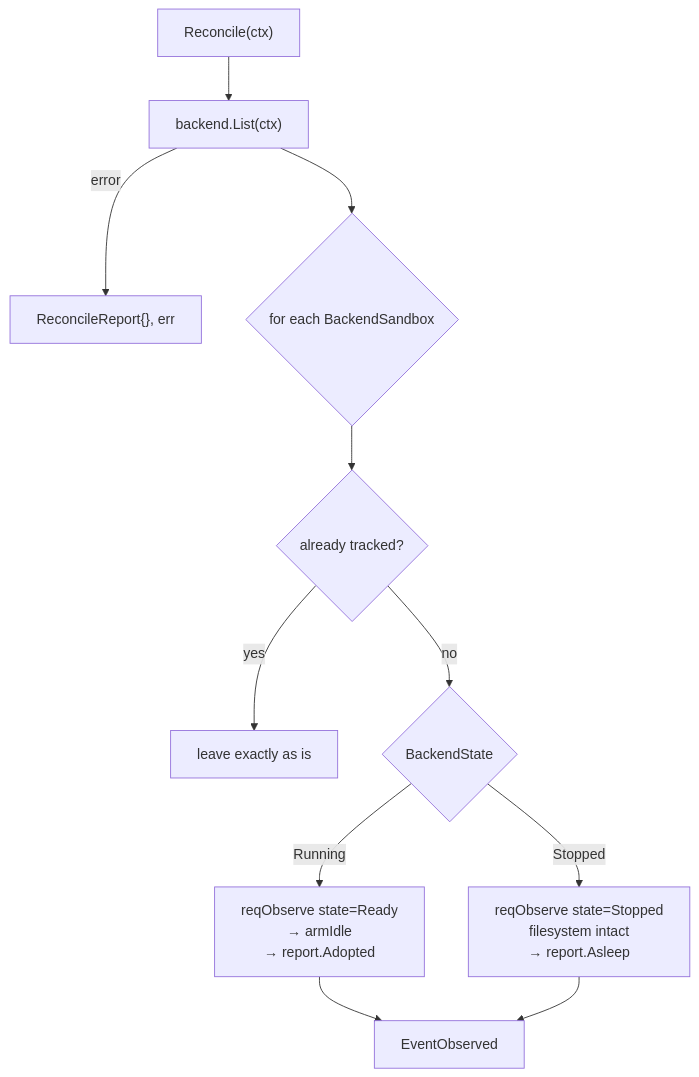
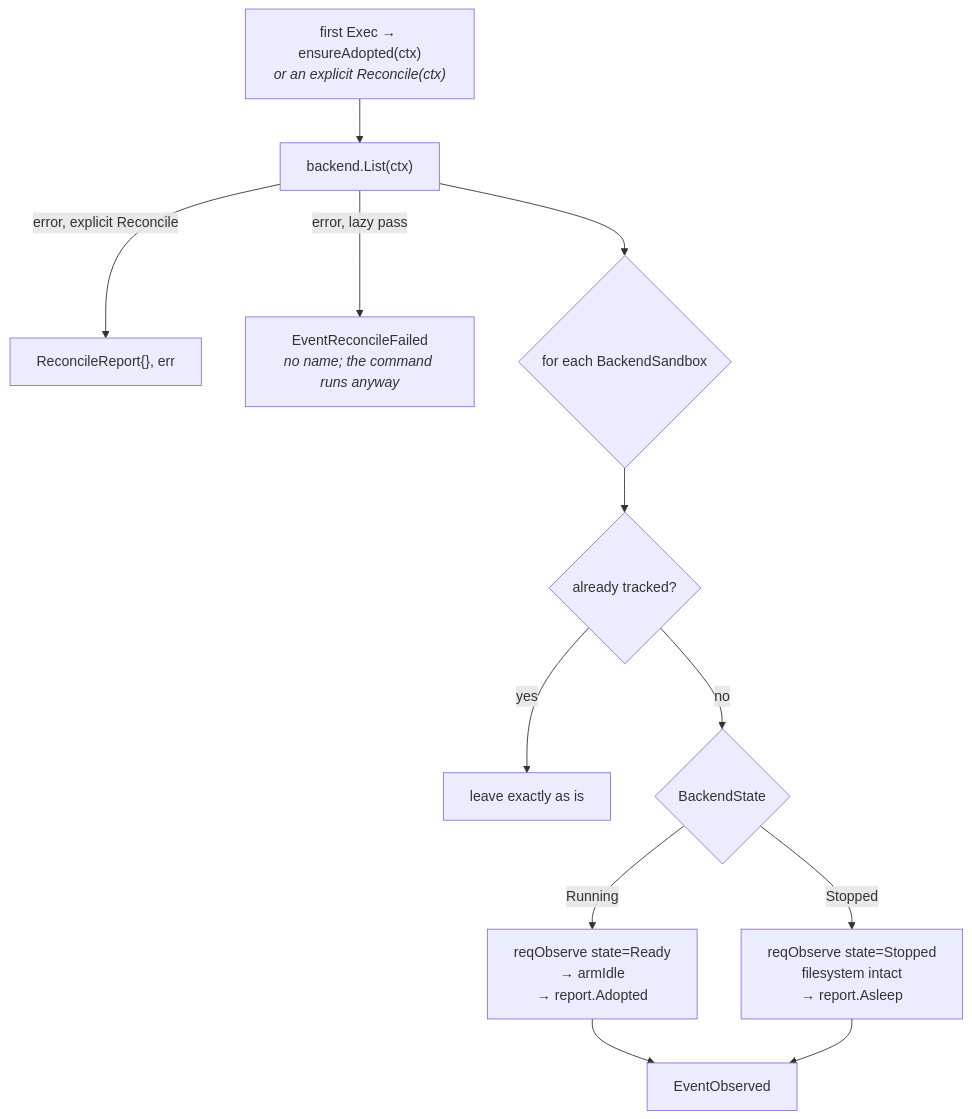
One commit to maikdotfi/metaharness changed the fifth of 6 diagrams in docs/sandbox.md. Above: the diagram before and after it, drawn with Mermaid. The commit also changed other lines of this file and 36 other files, not shown here.

````diff
--- a/docs/sandbox.md
+++ b/docs/sandbox.md
@@ -929,13 +1065,14 @@
 ```mermaid
 flowchart TD
-    R["Reconcile(ctx)"] --> L["backend.List(ctx)"]
-    L -->|error| ERR["ReconcileReport{}, err"]
+    R["first Exec → ensureAdopted(ctx)<br/><i>or an explicit Reconcile(ctx)</i>"] --> L["backend.List(ctx)"]
+    L -->|"error, explicit Reconcile"| ERR["ReconcileReport{}, err"]
+    L -->|"error, lazy pass"| EVF["EventReconcileFailed<br/><i>no name; the command runs anyway</i>"]
     L --> LOOP{"for each BackendSandbox"}
     LOOP --> K{"already tracked?"}
     K -->|yes| SKIP["leave exactly as is"]
     K -->|no| S{"BackendState"}
     S -->|Running| AD["reqObserve state=Ready<br/>→ armIdle<br/>→ report.Adopted"]
     S -->|Stopped| AS["reqObserve state=Stopped<br/>filesystem intact<br/>→ report.Asleep"]
     AD --> EV["EventObserved"]
     AS --> EV
 ```
````
